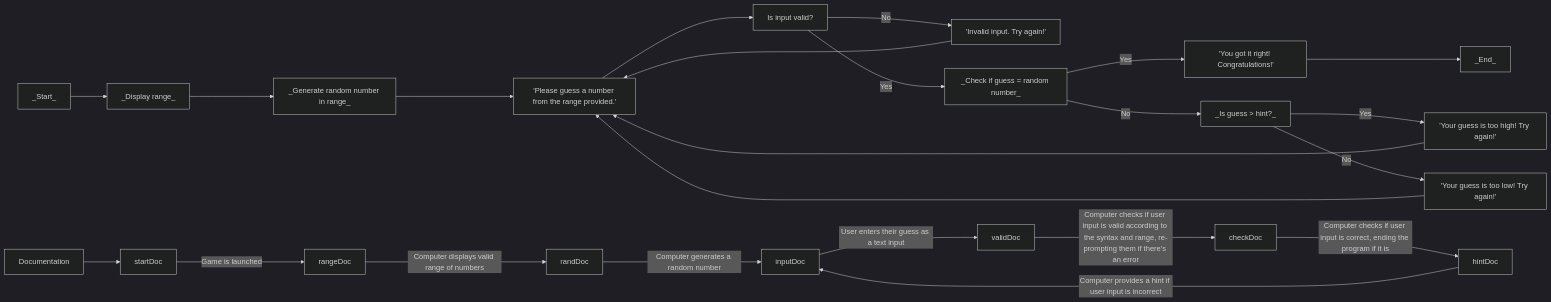
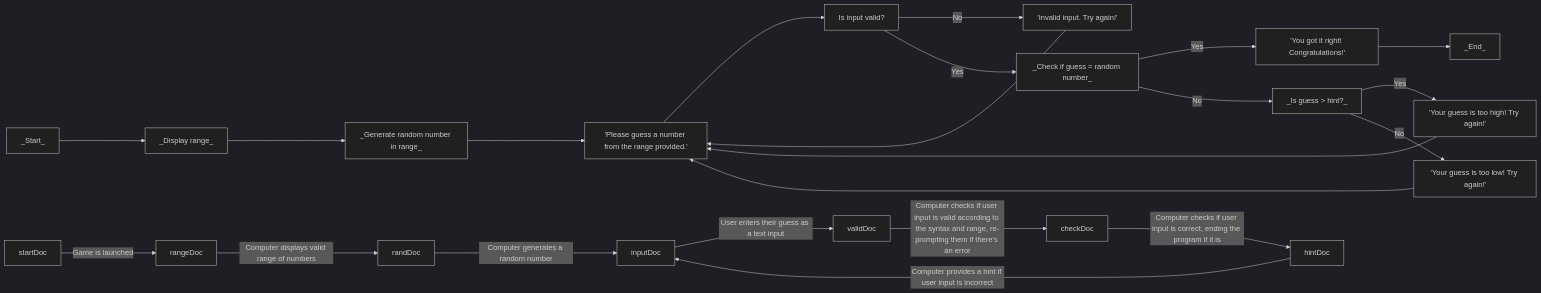
The diagram in Guessing.md (rfk-waketech/rfk-waketech.github.io), drawn with Mermaid (dark theme) before and after one commit.

````diff
--- a/Guessing.md
+++ b/Guessing.md
@@ -1,16 +1,16 @@
 ```mermaid
 flowchart LR
 _Start_ --> Range[_Display range_]
 Range --> Rand[_Generate random number in range_]
 Rand --> Input['Please guess a number from the range provided.']
 Input --> Valid[Is input valid?]
 Valid --> |No| Error['Invalid input. Try again!'] --> Input
 Valid --> |Yes| Check[_Check if guess = random number_]
 Check --> |Yes| End['You got it right! Congratulations!'] --> _End_
 Check --> |No| Hint[_Is guess > hint?_]
 Hint --> |Yes| High['Your guess is too high! Try again!'] --> Input
 Hint --> |No| Low['Your guess is too low! Try again!'] --> Input
 
-%% Documentation --> startDoc --> rangeDoc --> randDoc --> inputDoc --> validDoc --> checkDoc --> hintDoc
-Documentation --> startDoc -- Game is launched --> rangeDoc -- Computer displays valid range of numbers --> randDoc -- Computer generates a random number --> inputDoc -- User enters their guess as a text input --> validDoc -- Computer checks if user input is valid according to the syntax and range, re-prompting them if there's an error --> checkDoc -- Computer checks if user input is correct, ending the program if it is --> hintDoc -- Computer provides a hint if user input is incorrect --> inputDoc
+%% startDoc --> rangeDoc --> randDoc --> inputDoc --> validDoc --> checkDoc --> hintDoc
+startDoc -- Game is launched --> rangeDoc -- Computer displays valid range of numbers --> randDoc -- Computer generates a random number --> inputDoc -- User enters their guess as a text input --> validDoc -- Computer checks if user input is valid according to the syntax and range, re-prompting them if there's an error --> checkDoc -- Computer checks if user input is correct, ending the program if it is --> hintDoc -- Computer provides a hint if user input is incorrect --> inputDoc
 ```
````
